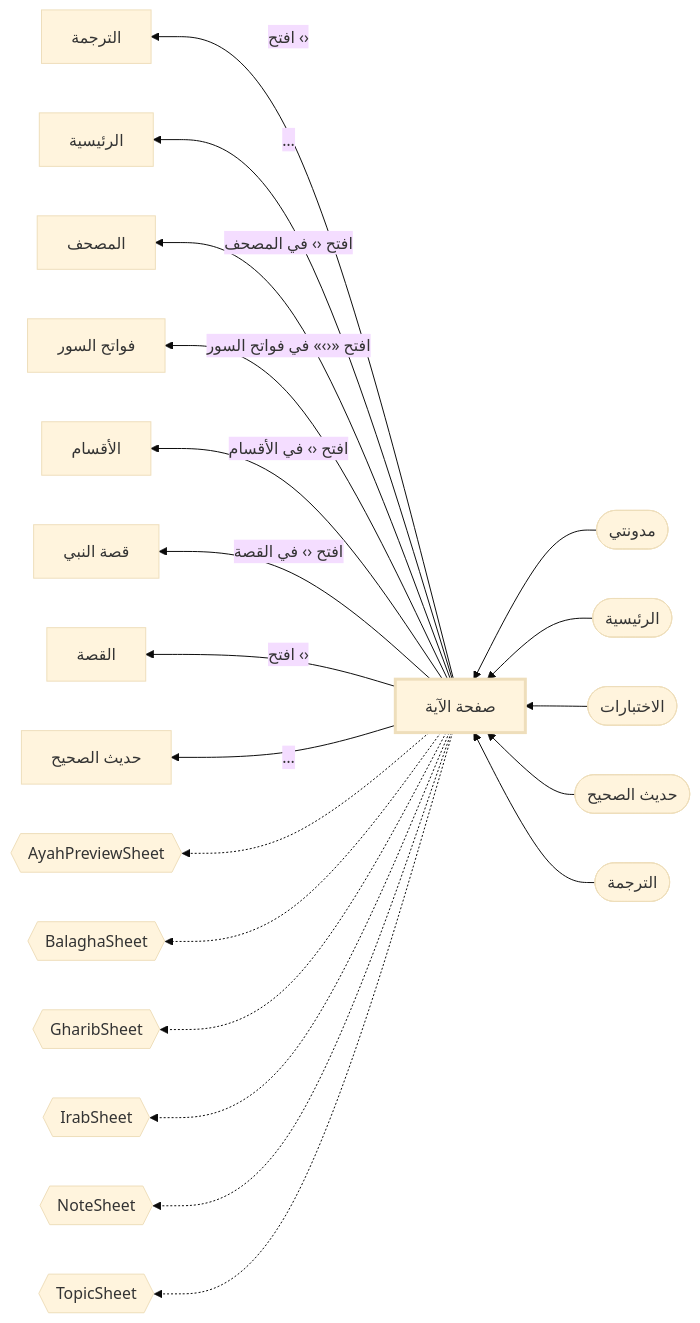
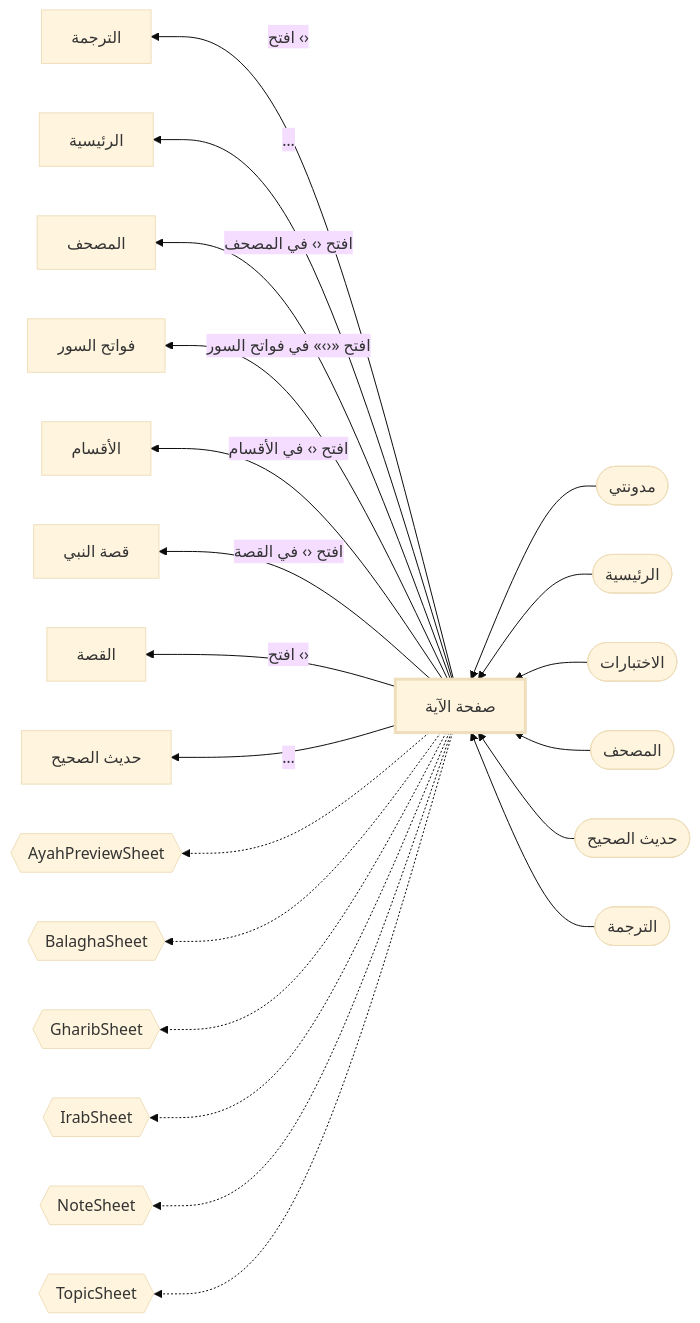
The diagram in docs/feature-map/ayah.md (msskzx/namaq), drawn with Mermaid (base theme) before and after one commit. The commit also changed other lines of this file and 25 other files, not shown here.

````diff
--- a/docs/feature-map/ayah.md
+++ b/docs/feature-map/ayah.md
@@ -5,24 +5,25 @@
 ```mermaid
 flowchart RL
   me["صفحة الآية"]
   style me stroke-width:3px
   in0(["مدونتي"]) --> me
   in1(["الرئيسية"]) --> me
   in2(["الاختبارات"]) --> me
-  in3(["حديث الصحيح"]) --> me
-  in4(["الترجمة"]) --> me
+  in3(["المصحف"]) --> me
+  in4(["حديث الصحيح"]) --> me
+  in5(["الترجمة"]) --> me
   me -- "افتح ‹›" --> out0["الترجمة"]
   me -- "…" --> out1["الرئيسية"]
   me -- "افتح ‹› في المصحف" --> out2["المصحف"]
   me -- "افتح «‹›» في فواتح السور" --> out3["فواتح السور"]
   me -- "افتح ‹› في الأقسام" --> out4["الأقسام"]
   me -- "افتح ‹› في القصة" --> out5["قصة النبي"]
   me -- "افتح ‹›" --> out6["القصة"]
   me -- "…" --> out7["حديث الصحيح"]
   me -.-> sheet0{{"AyahPreviewSheet"}}
   me -.-> sheet1{{"BalaghaSheet"}}
   me -.-> sheet2{{"GharibSheet"}}
   me -.-> sheet3{{"IrabSheet"}}
   me -.-> sheet4{{"NoteSheet"}}
   me -.-> sheet5{{"TopicSheet"}}
 ```
````
